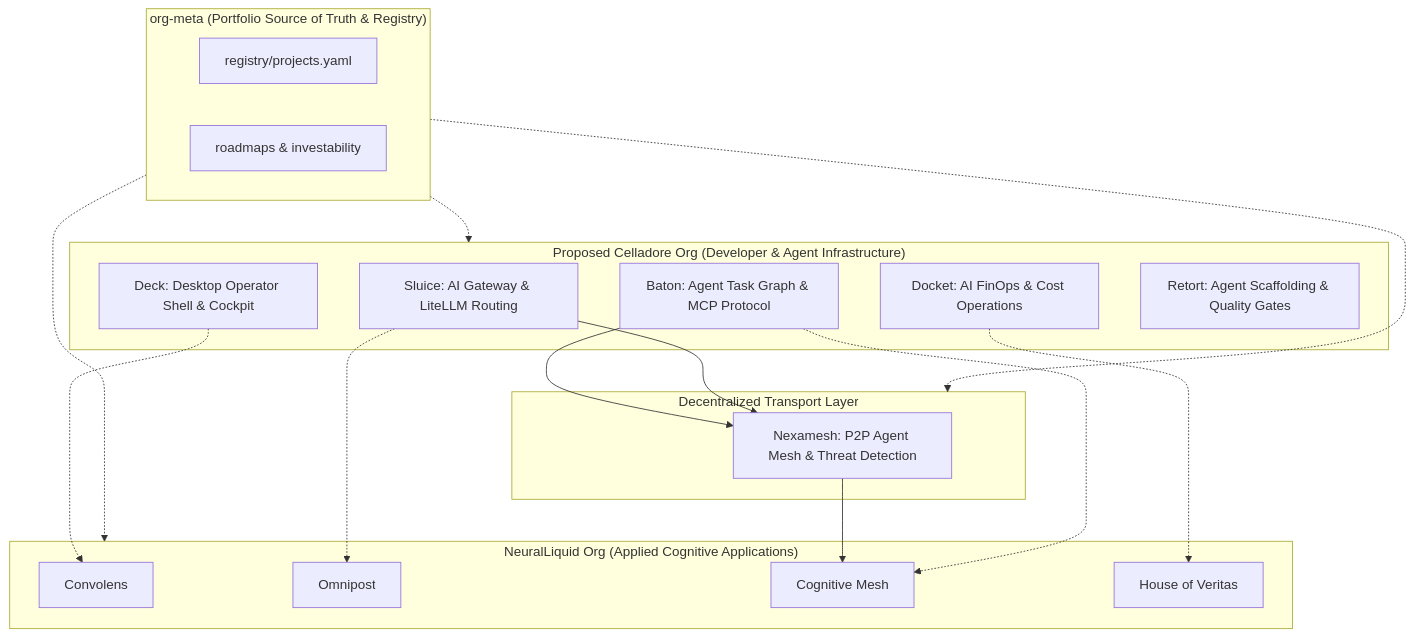
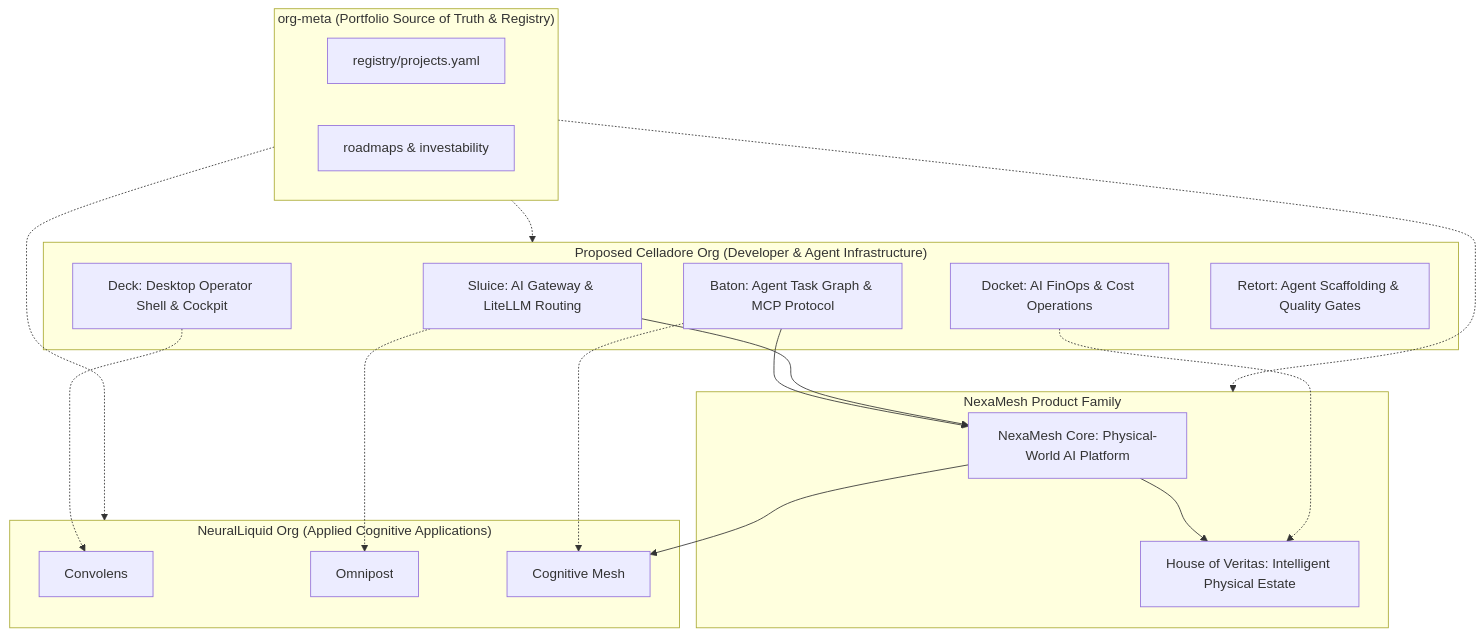
One commit to neuralliquid/neuralliquid-org changed the diagram in docs/adr/0003-celladore-org-split-exploration.md. Above: the diagram before and after it, drawn with Mermaid. The commit also changed other lines of this file and 10 other files, not shown here.

First line of the commit message:
docs: define HOV as a NexaMesh vertical (#19)

````diff
--- a/docs/adr/0003-celladore-org-split-exploration.md
+++ b/docs/adr/0003-celladore-org-split-exploration.md
@@ -53,38 +60,39 @@
 ```mermaid
 graph TD
     subgraph OrgMeta ["org-meta (Portfolio Source of Truth & Registry)"]
         REG[registry/projects.yaml]
         ROAD[roadmaps & investability]
     end
 
     subgraph Celladore ["Proposed Celladore Org (Developer & Agent Infrastructure)"]
         SL[Sluice: AI Gateway & LiteLLM Routing]
         DK[Docket: AI FinOps & Cost Operations]
         BT[Baton: Agent Task Graph & MCP Protocol]
         DC[Deck: Desktop Operator Shell & Cockpit]
         RT[Retort: Agent Scaffolding & Quality Gates]
     end
 
-    subgraph Transport ["Decentralized Transport Layer"]
-        NM[Nexamesh: P2P Agent Mesh & Threat Detection]
-    end
-
     subgraph NeuralLiquid ["NeuralLiquid Org (Applied Cognitive Applications)"]
         CV[Convolens]
         OP[Omnipost]
         CM[Cognitive Mesh]
-        HV[House of Veritas]
+    end
+
+    subgraph NexaMeshProducts ["NexaMesh Product Family"]
+        NM[NexaMesh Core: Physical-World AI Platform]
+        HV[House of Veritas: Intelligent Physical Estate]
+        NM --> HV
     end
 
     OrgMeta -.-> Celladore
     OrgMeta -.-> NeuralLiquid
-    OrgMeta -.-> Transport
+    OrgMeta -.-> NexaMeshProducts
 
     BT --> NM
     SL --> NM
     NM --> CM
     BT -.-> CM
     DK -.-> HV
     SL -.-> OP
     DC -.-> CV
 ```
````
